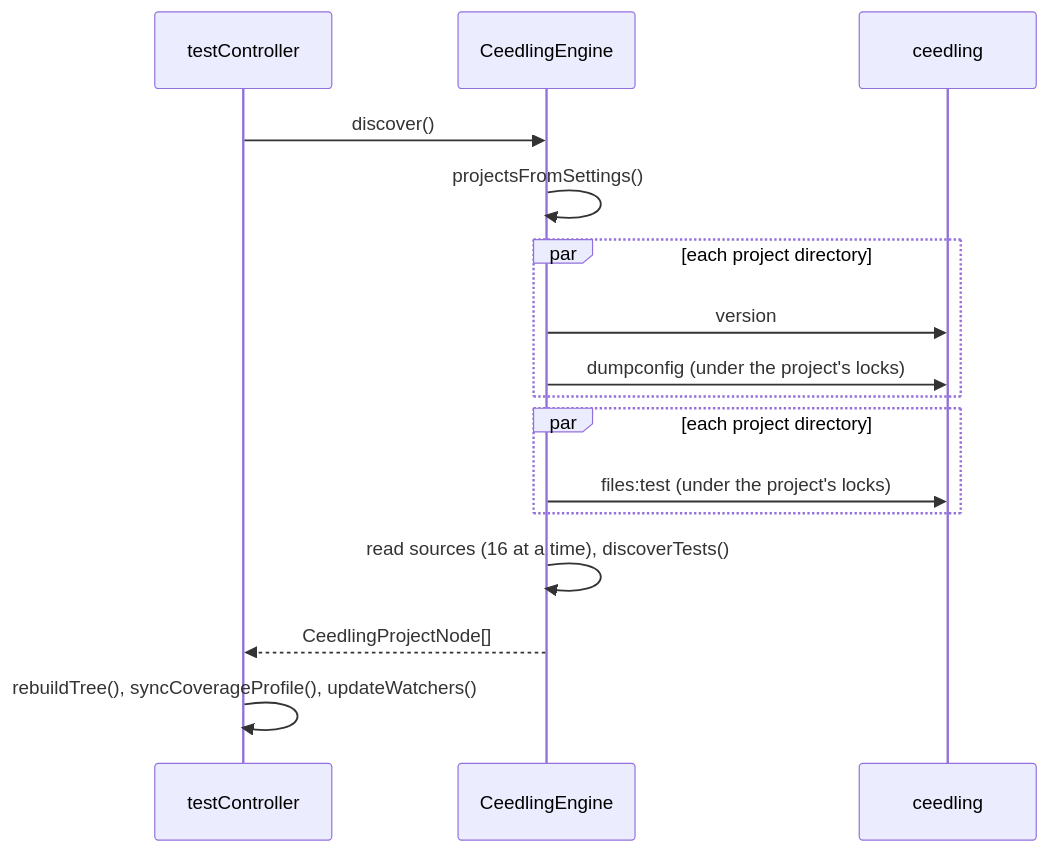
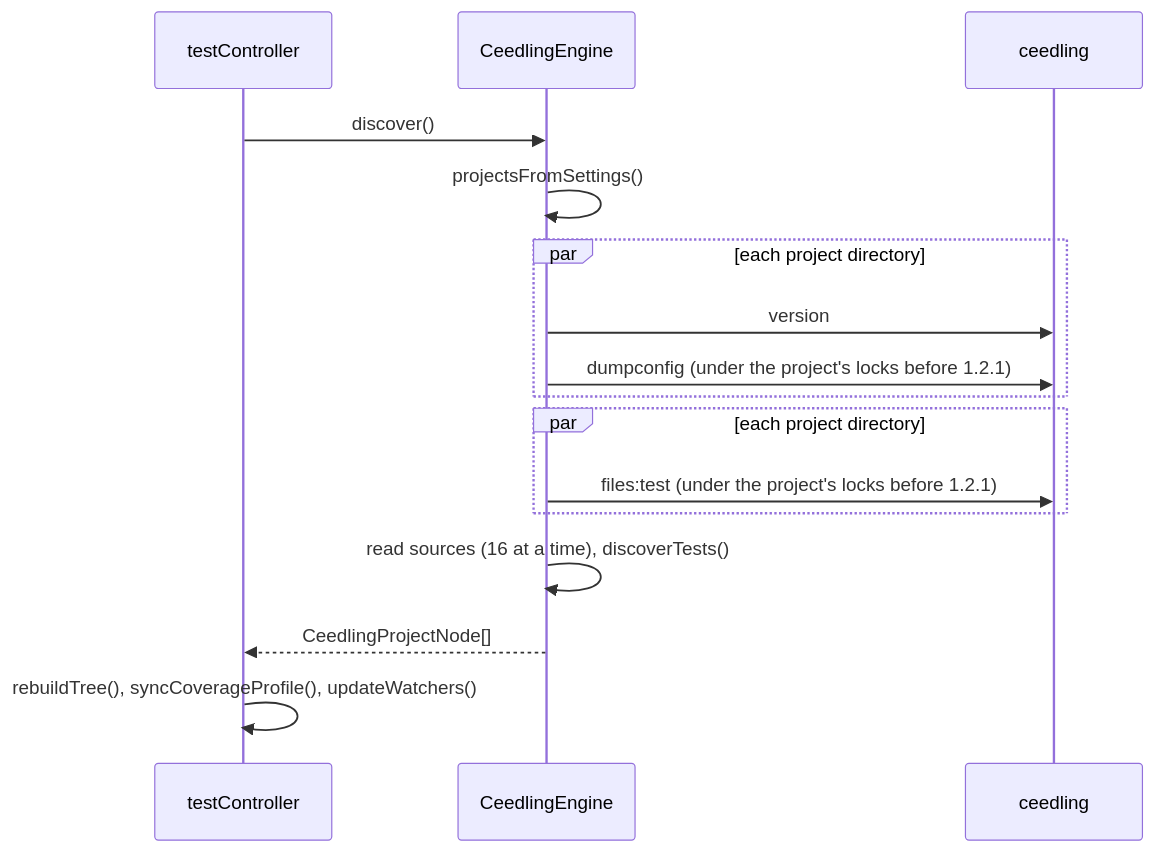
One commit to ThrowTheSwitch/vscode-ceedling changed the second of 4 diagrams in docs/Architecture.md. Above: the diagram before and after it, drawn with Mermaid. The commit also changed other lines of this file and 6 other files, not shown here.

````diff
--- a/docs/Architecture.md
+++ b/docs/Architecture.md
@@ -127,18 +127,18 @@
 ```mermaid
 sequenceDiagram
     participant TC as testController
     participant EN as CeedlingEngine
     participant C as ceedling
     TC->>EN: discover()
     EN->>EN: projectsFromSettings()
     par each project directory
         EN->>C: version
-        EN->>C: dumpconfig (under the project's locks)
+        EN->>C: dumpconfig (under the project's locks before 1.2.1)
     end
     par each project directory
-        EN->>C: files:test (under the project's locks)
+        EN->>C: files:test (under the project's locks before 1.2.1)
     end
     EN->>EN: read sources (16 at a time), discoverTests()
     EN-->>TC: CeedlingProjectNode[]
     TC->>TC: rebuildTree(), syncCoverageProfile(), updateWatchers()
 ```
````
